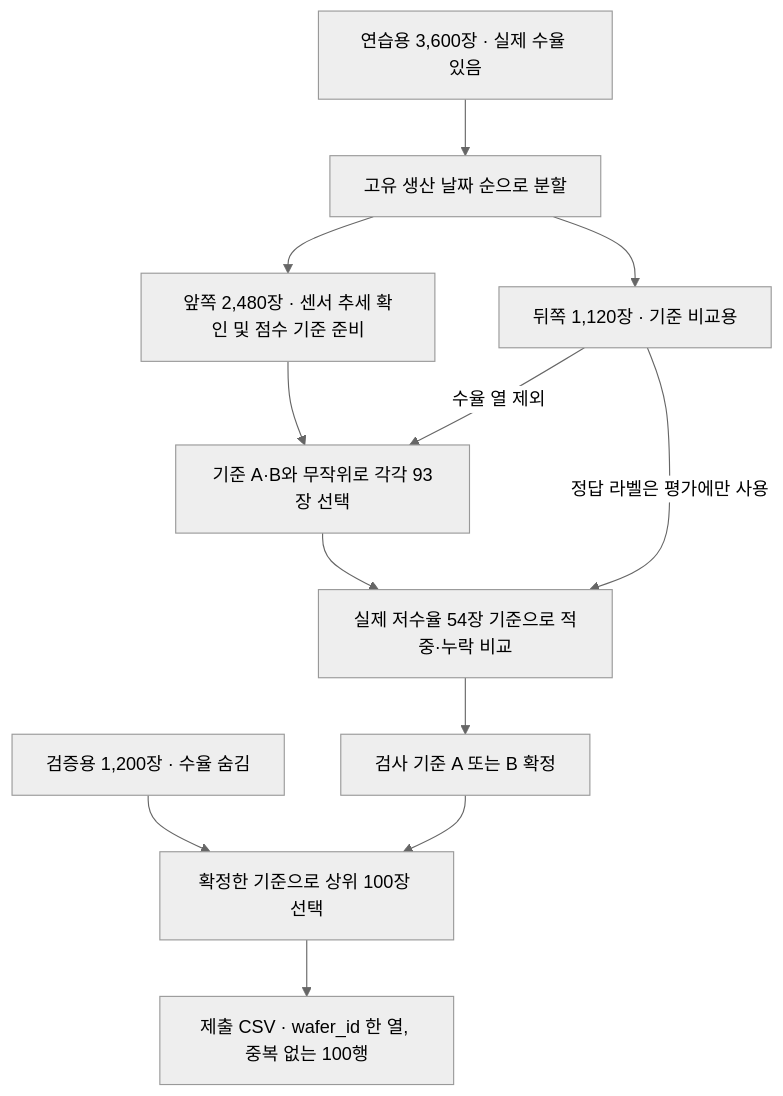
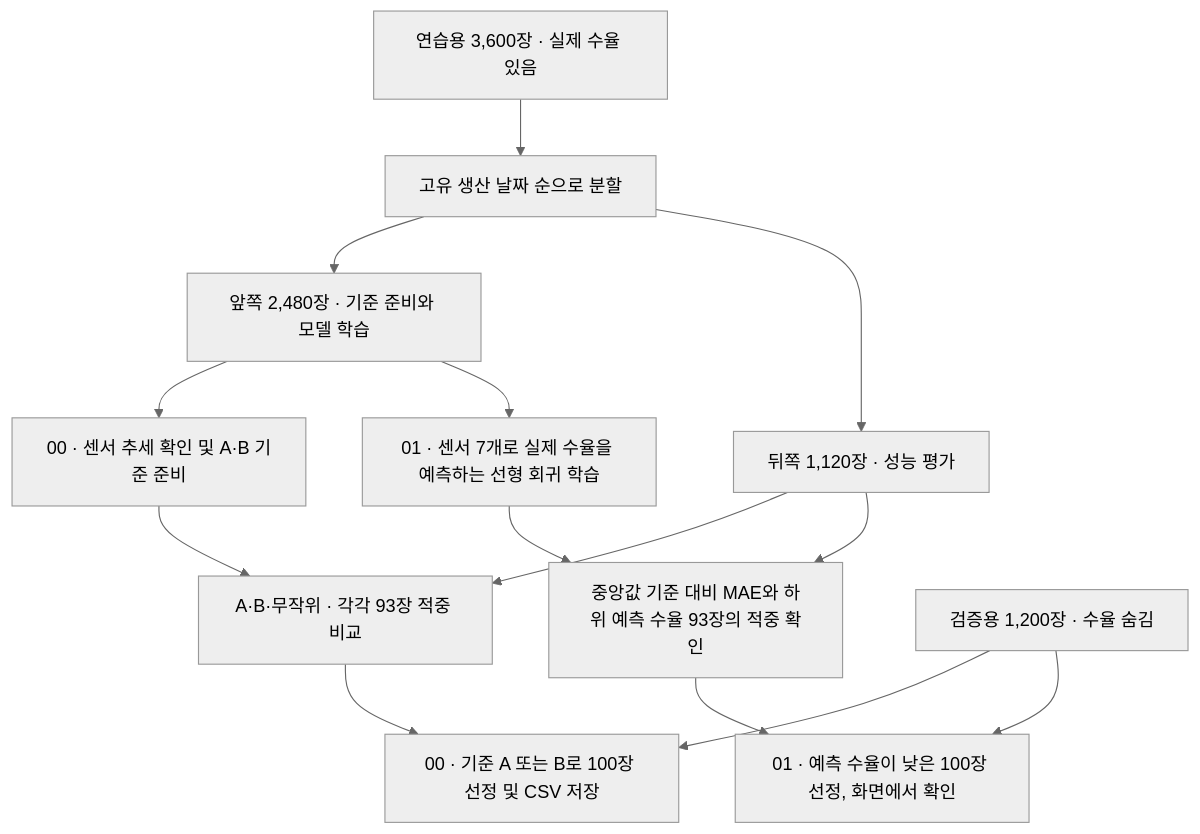
Before and after one commit to brjeong-private/inhatc-hackathon-2026: the diagram in README.md, drawn with Mermaid (neutral theme). The commit also changed other lines of this file and 3 other files, not shown here.

````diff
--- a/README.md
+++ b/README.md
@@ -15,14 +20,16 @@
 ```mermaid
 flowchart TD
     practice["연습용 3,600장 · 실제 수율 있음"] --> split["고유 생산 날짜 순으로 분할"]
-    split --> fit["앞쪽 2,480장 · 센서 추세 확인 및 점수 기준 준비"]
-    split --> compare["뒤쪽 1,120장 · 기준 비교용"]
-    fit --> rank["기준 A·B와 무작위로 각각 93장 선택"]
-    compare -->|수율 열 제외| rank
-    rank --> evaluate["실제 저수율 54장 기준으로 적중·누락 비교"]
-    compare -->|정답 라벨은 평가에만 사용| evaluate
-    evaluate --> rule["검사 기준 A 또는 B 확정"]
-    blind["검증용 1,200장 · 수율 숨김"] --> select["확정한 기준으로 상위 100장 선택"]
-    rule --> select
-    select --> result["제출 CSV · wafer_id 한 열, 중복 없는 100행"]
+    split --> fit["앞쪽 2,480장 · 기준 준비와 모델 학습"]
+    split --> compare["뒤쪽 1,120장 · 성능 평가"]
+    fit --> rules["00 · 센서 추세 확인 및 A·B 기준 준비"]
+    fit --> model["01 · 센서 7개로 실제 수율을 예측하는 선형 회귀 학습"]
+    rules --> rule_eval["A·B·무작위 · 각각 93장 적중 비교"]
+    model --> model_eval["중앙값 기준 대비 MAE와 하위 예측 수율 93장의 적중 확인"]
+    compare --> rule_eval
+    compare --> model_eval
+    blind["검증용 1,200장 · 수율 숨김"] --> result["00 · 기준 A 또는 B로 100장 선정 및 CSV 저장"]
+    rule_eval --> result
+    blind --> preview["01 · 예측 수율이 낮은 100장 선정, 화면에서 확인"]
+    model_eval --> preview
 ```
````
